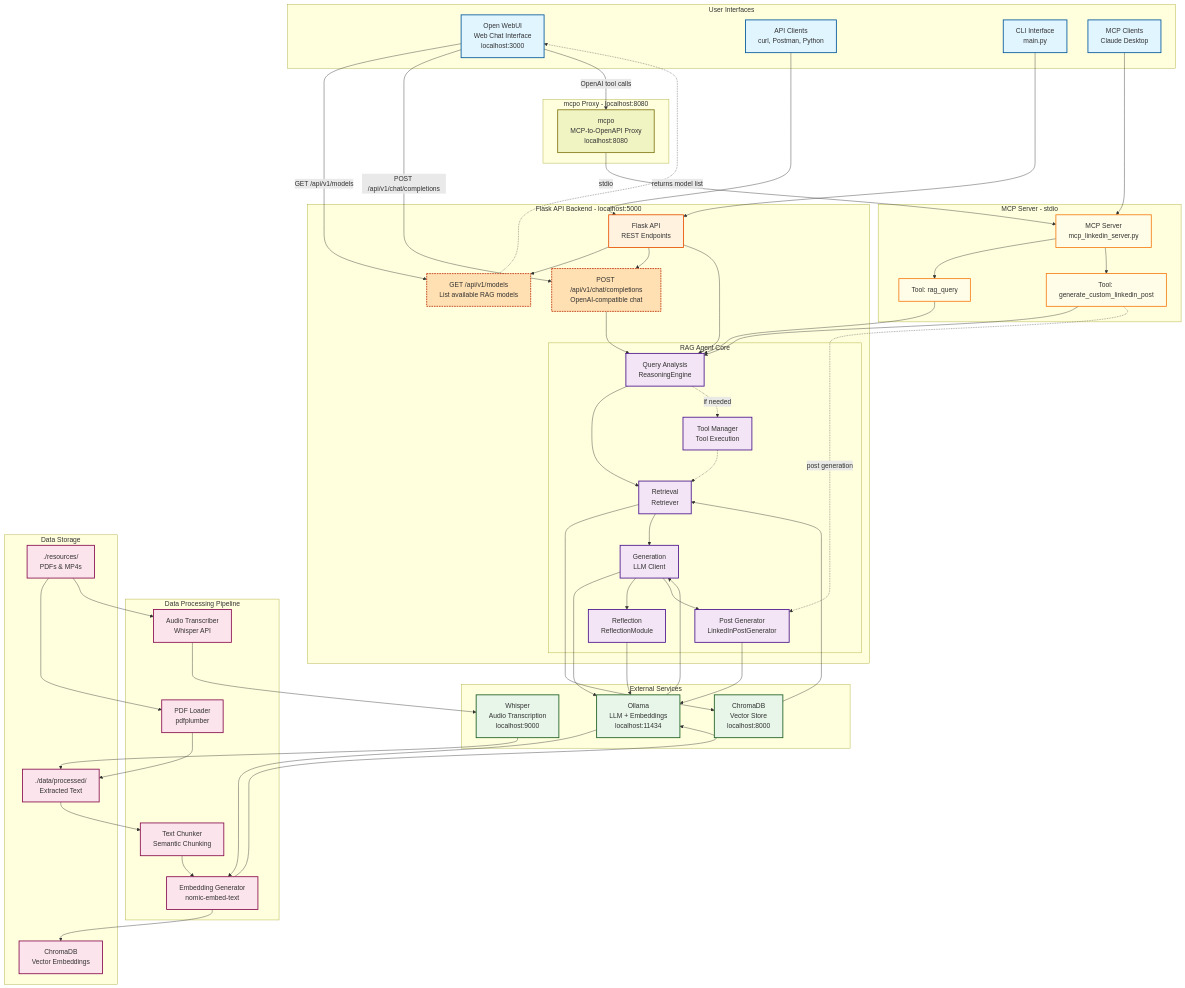
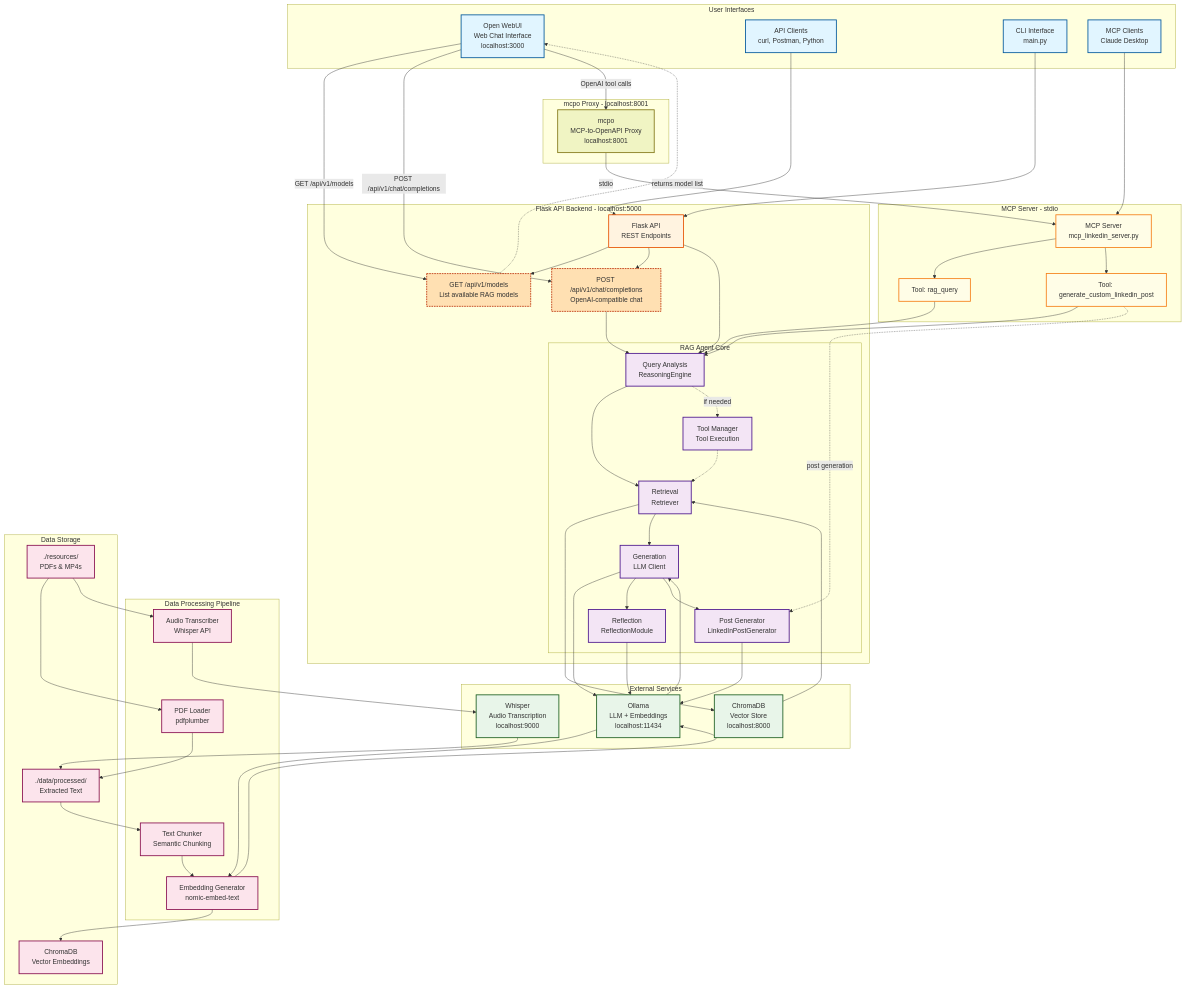
Before and after one commit to YuriiYa/CapstoneProject: the diagram in architecture.mmd, drawn with Mermaid. The commit also changed 2 other files, not shown here.

Commit message:
Add architecture information into README.md file (#2)
* Add architecture information into README.md file

* update the documentation

```diff
--- a/architecture.mmd
+++ b/architecture.mmd
@@ -1,129 +1,129 @@
 graph TB
     subgraph "User Interfaces"
         UI1[Open WebUI<br/>Web Chat Interface<br/>localhost:3000]
         UI2[API Clients<br/>curl, Postman, Python]
         UI3[CLI Interface<br/>main.py]
         UI4[MCP Clients<br/>Claude Desktop]
     end
 
     subgraph "Flask API Backend - localhost:5000"
         API[Flask API<br/>REST Endpoints]
         V1M[GET /api/v1/models<br/>List available RAG models]
         V1C[POST /api/v1/chat/completions<br/>OpenAI-compatible chat]
         API --> V1M
         API --> V1C
 
         subgraph "RAG Agent Core"
             QA[Query Analysis<br/>ReasoningEngine]
             RET[Retrieval<br/>Retriever]
             GEN[Generation<br/>LLM Client]
             REF[Reflection<br/>ReflectionModule]
             TOOL[Tool Manager<br/>Tool Execution]
             POST[Post Generator<br/>LinkedInPostGenerator]
         end
     end
 
     subgraph "MCP Server - stdio"
         MCP[MCP Server<br/>mcp_linkedin_server.py]
         MCP_T1[Tool: rag_query]
         MCP_T2[Tool: generate_custom_linkedin_post]
         MCP --> MCP_T1
         MCP --> MCP_T2
     end
 
-    subgraph "mcpo Proxy - localhost:8080"
-        MCPO[mcpo<br/>MCP-to-OpenAPI Proxy<br/>localhost:8080]
+    subgraph "mcpo Proxy - localhost:8001"
+        MCPO[mcpo<br/>MCP-to-OpenAPI Proxy<br/>localhost:8001]
     end
 
     subgraph "External Services"
         OLLAMA[Ollama<br/>LLM + Embeddings<br/>localhost:11434]
         WHISPER[Whisper<br/>Audio Transcription<br/>localhost:9000]
         CHROMA[ChromaDB<br/>Vector Store<br/>localhost:8000]
     end
 
     subgraph "Data Processing Pipeline"
         PDF[PDF Loader<br/>pdfplumber]
         AUDIO[Audio Transcriber<br/>Whisper API]
         CHUNK[Text Chunker<br/>Semantic Chunking]
         EMB[Embedding Generator<br/>nomic-embed-text]
     end
 
     subgraph "Data Storage"
         RAW[./resources/<br/>PDFs & MP4s]
         PROC[./data/processed/<br/>Extracted Text]
         VEC[ChromaDB<br/>Vector Embeddings]
     end
 
     %% Open WebUI → Flask (OpenAI-compatible chat & model list)
     UI1 -->|GET /api/v1/models| V1M
     UI1 -->|POST /api/v1/chat/completions| V1C
 
     %% Open WebUI → mcpo (MCP tool calls during chat)
     UI1 -->|OpenAI tool calls| MCPO
 
     %% Other clients → Flask
     UI2 --> API
     UI3 --> API
 
     %% MCP Clients → MCP Server directly
     UI4 --> MCP
 
     %% mcpo bridges to MCP Server over stdio
     MCPO -->|stdio| MCP
 
     %% Flask v1 endpoints into RAG Agent
     V1C --> QA
     V1M -.->|returns model list| UI1
 
     %% MCP Server uses same RAG Agent internals
     MCP_T1 --> QA
     MCP_T2 --> QA
     MCP_T2 -.->|post generation| POST
 
     %% RAG Agent flow
     API --> QA
     QA --> RET
     RET --> CHROMA
     CHROMA --> RET
     RET --> GEN
     GEN --> OLLAMA
     OLLAMA --> GEN
     GEN --> REF
     REF --> OLLAMA
     GEN --> POST
     POST --> OLLAMA
 
     %% Tool execution
     QA -.->|if needed| TOOL
     TOOL -.-> RET
 
     %% Data processing flow
     RAW --> PDF
     RAW --> AUDIO
     PDF --> PROC
     AUDIO --> WHISPER
     WHISPER --> PROC
     PROC --> CHUNK
     CHUNK --> EMB
     EMB --> OLLAMA
     OLLAMA --> EMB
     EMB --> VEC
 
     %% Styling
     classDef userInterface fill:#e1f5ff,stroke:#01579b,stroke-width:2px
     classDef apiLayer fill:#fff3e0,stroke:#e65100,stroke-width:2px
     classDef v1Layer fill:#ffe0b2,stroke:#bf360c,stroke-width:2px,stroke-dasharray:4 2
     classDef agentCore fill:#f3e5f5,stroke:#4a148c,stroke-width:2px
     classDef services fill:#e8f5e9,stroke:#1b5e20,stroke-width:2px
     classDef data fill:#fce4ec,stroke:#880e4f,stroke-width:2px
     classDef mcpLayer fill:#fffde7,stroke:#f57f17,stroke-width:2px
     classDef mcpoLayer fill:#f0f4c3,stroke:#827717,stroke-width:2px
 
     class UI1,UI2,UI3,UI4 userInterface
     class API apiLayer
     class V1M,V1C v1Layer
     class QA,RET,GEN,REF,TOOL,POST agentCore
     class OLLAMA,WHISPER,CHROMA services
     class RAW,PROC,VEC,PDF,AUDIO,CHUNK,EMB data
     class MCP,MCP_T1,MCP_T2 mcpLayer
     class MCPO mcpoLayer
```
